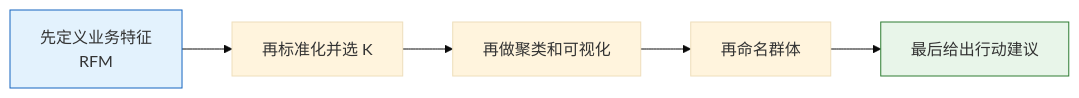
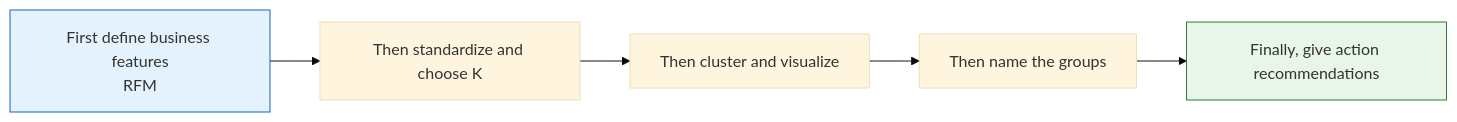
One commit to oudbiao/AI-fullstack-course changed the diagram in docs/ch05-machine-learning/ch06-projects/03-user-segmentation.md. Above: the diagram before and after it, drawn with Mermaid (base theme). The commit also changed other lines of this file and 1406 other files, not shown here.

````diff
--- a/docs/ch05-machine-learning/ch06-projects/03-user-segmentation.md
+++ b/docs/ch05-machine-learning/ch06-projects/03-user-segmentation.md
@@ -46,10 +46,10 @@
 ```mermaid
 flowchart LR
-    A["先定义业务特征<br/>RFM"] --> B["再标准化并选 K"]
-    B --> C["再做聚类和可视化"]
-    C --> D["再命名群体"]
-    D --> E["最后给出行动建议"]
+    A["First define business features<br/>RFM"] --> B["Then standardize and choose K"]
+    B --> C["Then cluster and visualize"]
+    C --> D["Then name the groups"]
+    D --> E["Finally, give action recommendations"]
 
     style A fill:#e3f2fd,stroke:#1565c0,color:#333
     style E fill:#e8f5e9,stroke:#2e7d32,color:#333
 ```
````
